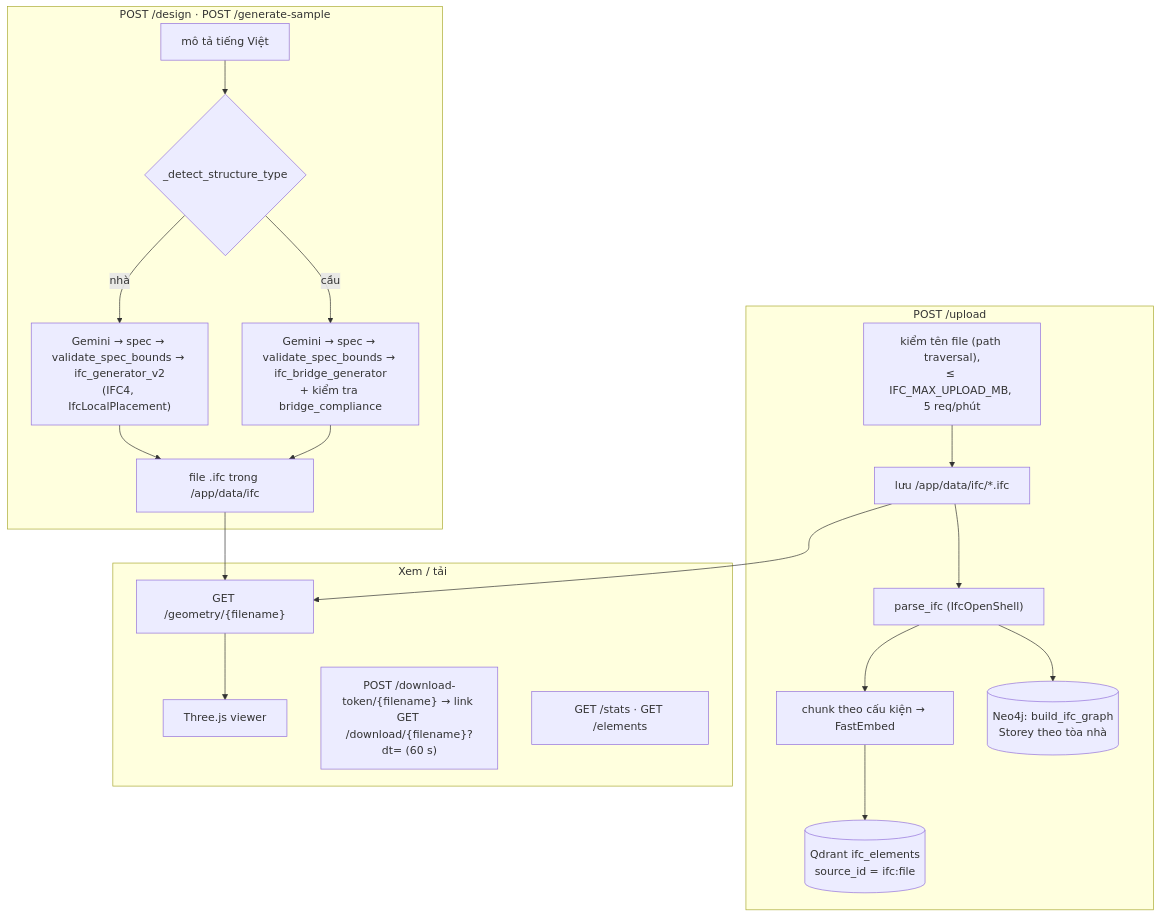
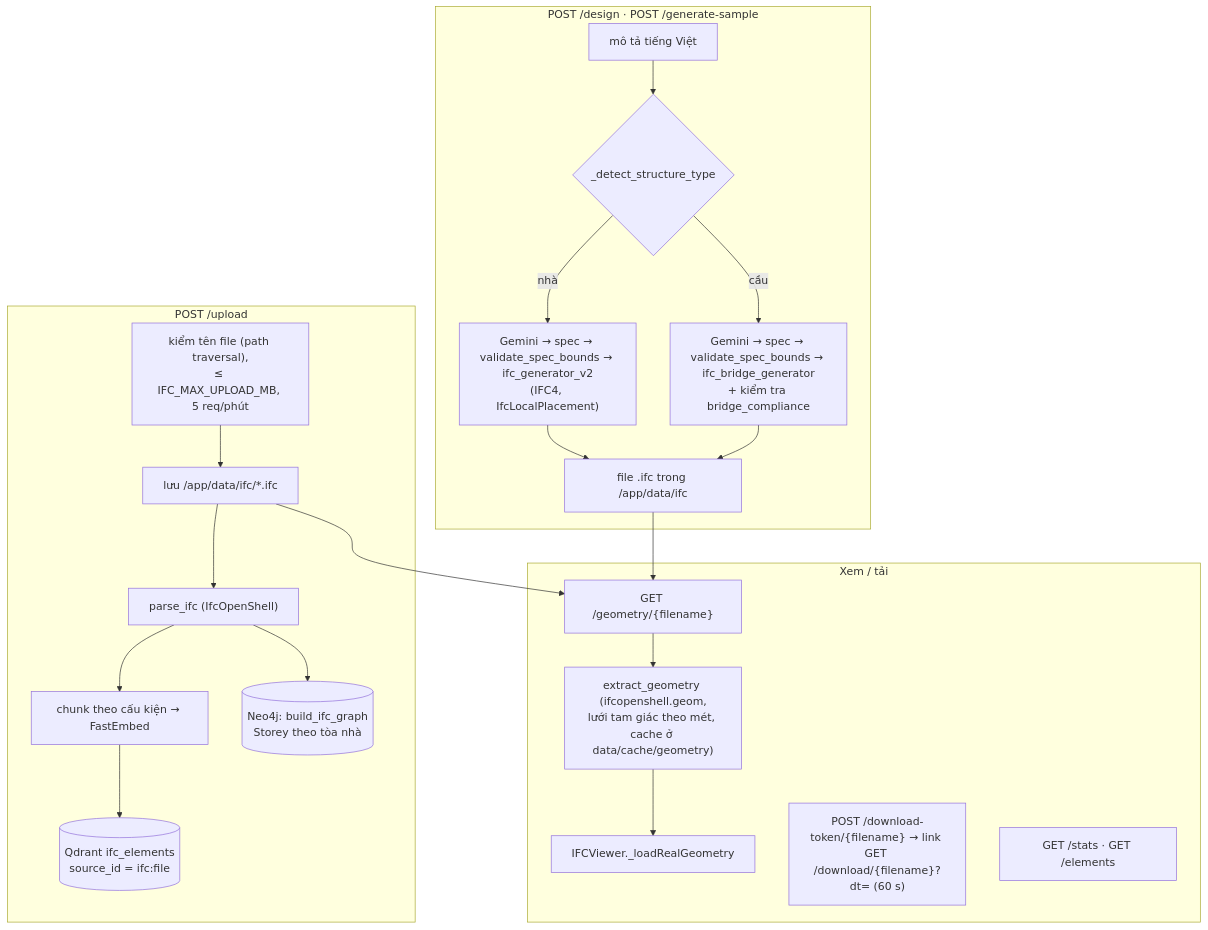
One commit to NhanNHSE/bim-agent changed the third of 5 diagrams in docs/ARCHITECTURE.md. Above: the diagram before and after it, drawn with Mermaid. The commit also changed other lines of this file and 5 other files, not shown here.

First line of the commit message:
feat: 3D viewer shows the real IFC geometry

````diff
--- a/docs/ARCHITECTURE.md
+++ b/docs/ARCHITECTURE.md
@@ -83,24 +83,24 @@
 ```mermaid
 flowchart TD
     subgraph up["POST /upload"]
         U1["kiểm tên file (path traversal),<br/>≤ IFC_MAX_UPLOAD_MB, 5 req/phút"] --> U2["lưu /app/data/ifc/*.ifc"]
         U2 --> U3["parse_ifc (IfcOpenShell)"]
         U3 --> U4["chunk theo cấu kiện → FastEmbed"]
         U4 --> U5[("Qdrant ifc_elements<br/>source_id = ifc:file")]
         U3 --> U6[("Neo4j: build_ifc_graph<br/>Storey theo tòa nhà")]
     end
     subgraph de["POST /design · POST /generate-sample"]
         D1["mô tả tiếng Việt"] --> D2{"_detect_structure_type"}
         D2 -->|nhà| D3["Gemini → spec → validate_spec_bounds → ifc_generator_v2<br/>(IFC4, IfcLocalPlacement)"]
         D2 -->|cầu| D4["Gemini → spec → validate_spec_bounds → ifc_bridge_generator<br/>+ kiểm tra bridge_compliance"]
         D3 --> D5["file .ifc trong /app/data/ifc"]
         D4 --> D5
     end
     subgraph view["Xem / tải"]
-        V1["GET /geometry/{filename}"] --> V2["Three.js viewer"]
+        V1["GET /geometry/{filename}"] --> V1B["extract_geometry (ifcopenshell.geom,<br/>lưới tam giác theo mét, cache ở data/cache/geometry)"] --> V2["IFCViewer._loadRealGeometry"]
         V3["POST /download-token/{filename} → link GET /download/{filename}?dt= (60 s)"]
         V4["GET /stats · GET /elements"]
     end
     D5 --> V1
     U2 --> V1
 ```
````
